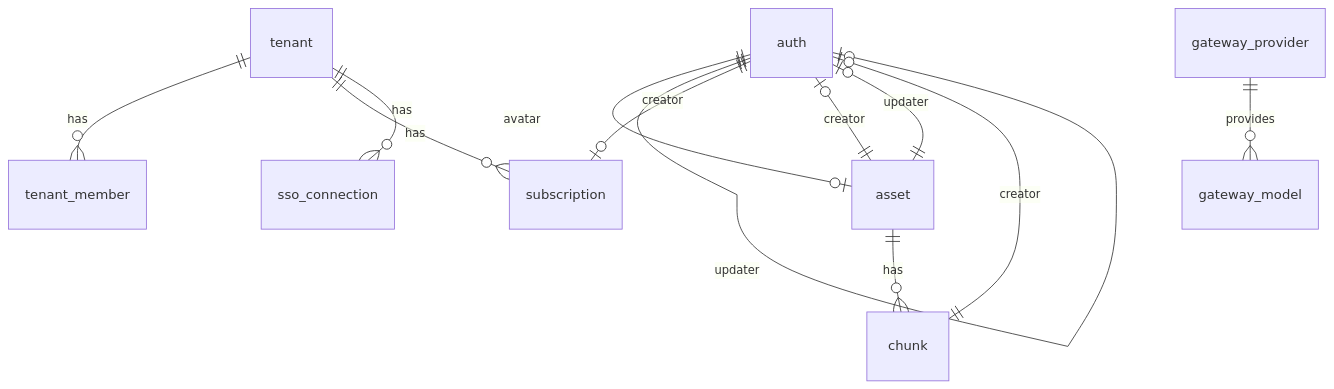
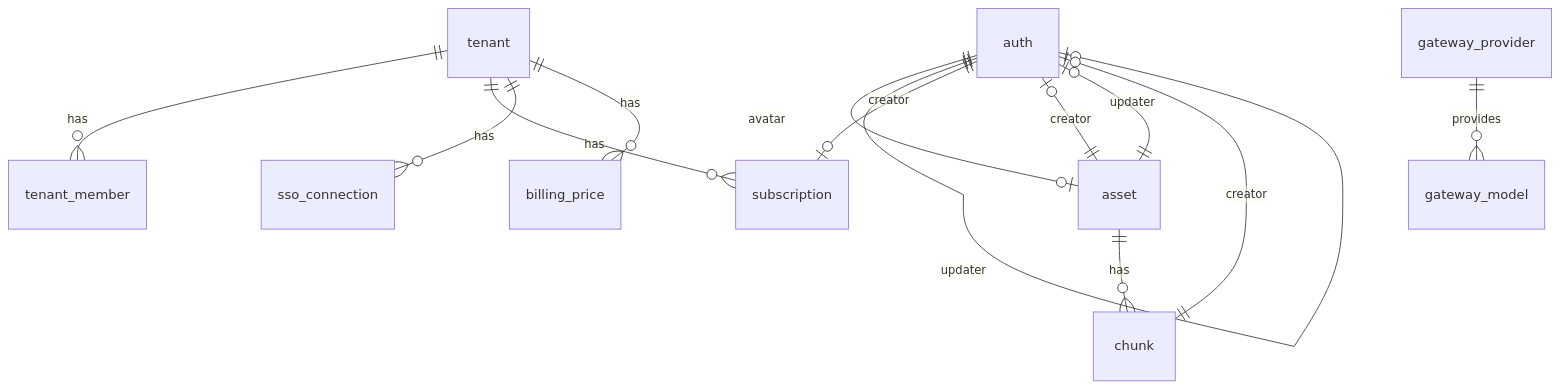
One commit to layenbrank/i-thinking changed the first of 2 diagrams in apps/core/guide/database.md. Above: the diagram before and after it, drawn with Mermaid. The commit also changed other lines of this file and 21 other files, not shown here.

````diff
--- a/apps/core/guide/database.md
+++ b/apps/core/guide/database.md
@@ -7,15 +7,16 @@
 ```mermaid
 erDiagram
   auth ||--o| asset : avatar
   auth ||--o| auth : creator
   auth ||--o| auth : updater
   asset ||--o| auth : creator
   asset ||--o| auth : updater
   asset ||--o{ chunk : has
   chunk ||--o| auth : creator
   tenant ||--o{ tenant_member : has
   tenant ||--o{ subscription : has
   tenant ||--o{ sso_connection : has
   gateway_provider ||--o{ gateway_model : provides
   auth ||--o| subscription : creator
+  tenant ||--o{ billing_price : has
 ```
````
